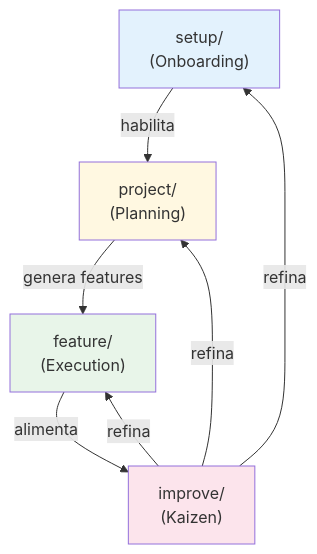
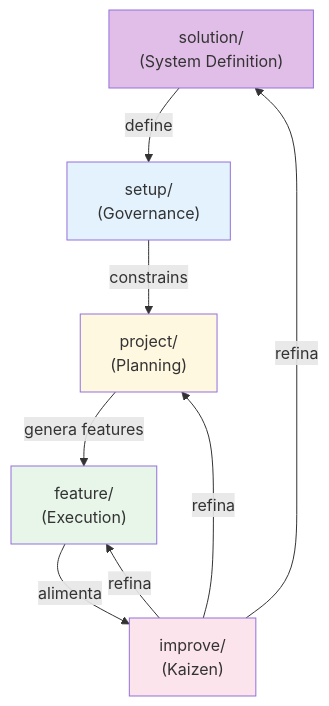
One commit to humansys/raise changed the third of 8 diagrams in specs/raise/vision.md. Above: the diagram before and after it, drawn with Mermaid. The commit also changed other lines of this file and 22 other files, not shown here.

````diff
--- a/specs/raise/vision.md
+++ b/specs/raise/vision.md
@@ -200,19 +245,22 @@
 ```mermaid
 flowchart TD
-    SETUP["setup/<br/>(Onboarding)"]
+    SOLUTION["solution/<br/>(System Definition)"]
+    SETUP["setup/<br/>(Governance)"]
     PROJECT["project/<br/>(Planning)"]
     FEATURE["feature/<br/>(Execution)"]
     IMPROVE["improve/<br/>(Kaizen)"]
 
-    SETUP -->|"habilita"| PROJECT
+    SOLUTION -->|"define"| SETUP
+    SETUP -->|"constrains"| PROJECT
     PROJECT -->|"genera features"| FEATURE
     FEATURE -->|"alimenta"| IMPROVE
-    IMPROVE -->|"refina"| SETUP
+    IMPROVE -->|"refina"| SOLUTION
     IMPROVE -->|"refina"| PROJECT
     IMPROVE -->|"refina"| FEATURE
 
+    style SOLUTION fill:#e1bee7
     style SETUP fill:#e3f2fd
     style PROJECT fill:#fff8e1
     style FEATURE fill:#e8f5e9
     style IMPROVE fill:#fce4ec
 ```
````
